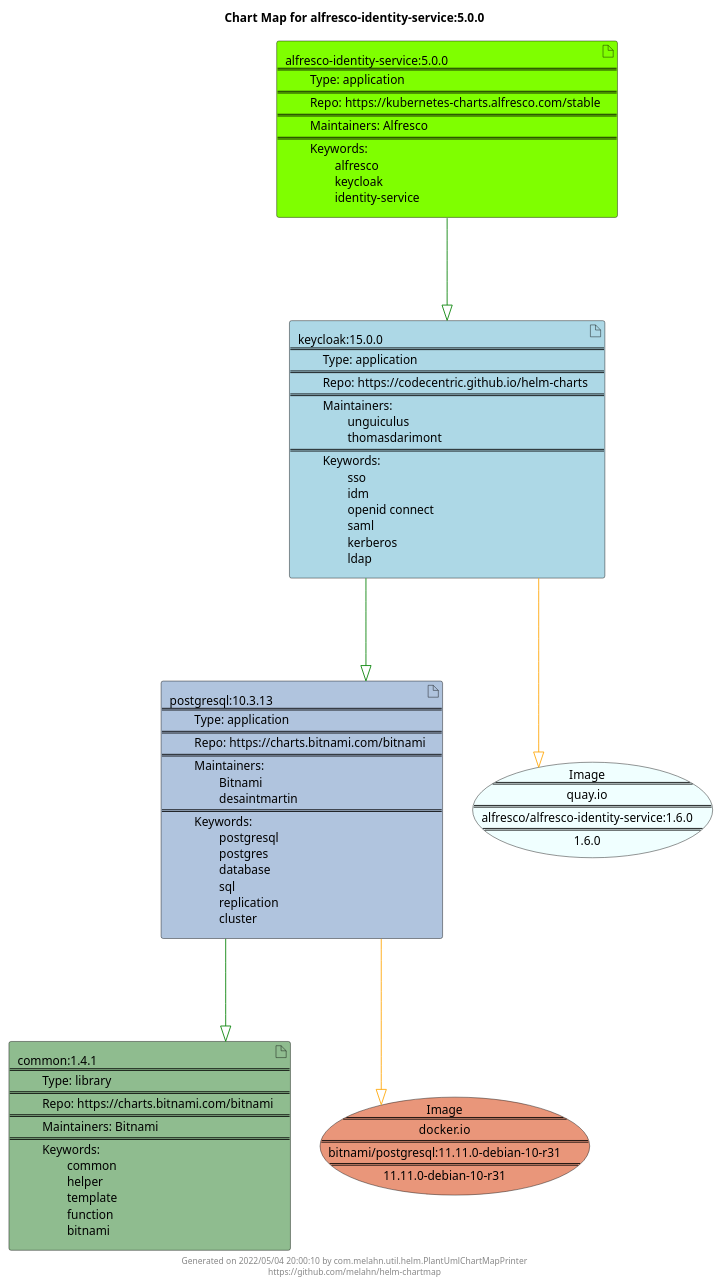
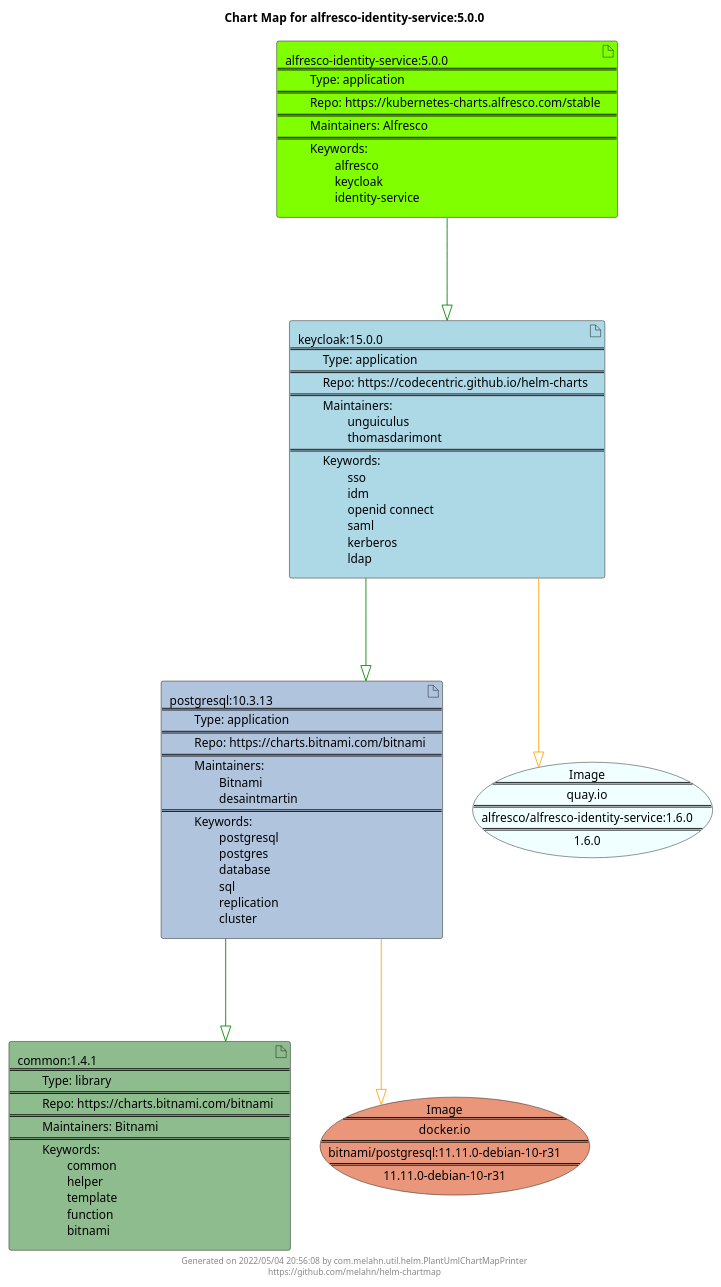
The diagram in docs/alfresco-identity-service/alfresco-identity-service-5.0.0.puml (melahn/helm-chartmap), drawn with PlantUML before and after one commit. The commit also changed 68 other files, not shown here.

Commit message:
Update Example Chart Maps as part of GitHub build

```diff
--- a/docs/alfresco-identity-service/alfresco-identity-service-5.0.0.puml
+++ b/docs/alfresco-identity-service/alfresco-identity-service-5.0.0.puml
@@ -1,29 +1,29 @@
 @startuml
 skinparam linetype ortho
 skinparam backgroundColor white
 skinparam usecaseBorderColor black
 skinparam usecaseArrowColor LightSlateGray
 skinparam artifactBorderColor black
 skinparam artifactArrowColor LightSlateGray
 
 title Chart Map for alfresco-identity-service:5.0.0
 
 'There are 4 referenced Helm Charts
 artifact "common:1.4.1\n====\n\tType: library\n====\n\tRepo: https://charts.bitnami.com/bitnami\n====\n\tMaintainers: Bitnami\n====\n\tKeywords: \n\t\tcommon\n\t\thelper\n\t\ttemplate\n\t\tfunction\n\t\tbitnami" as common_1_4_1 #DarkSeaGreen
 artifact "alfresco-identity-service:5.0.0\n====\n\tType: application\n====\n\tRepo: https://kubernetes-charts.alfresco.com/stable\n====\n\tMaintainers: Alfresco\n====\n\tKeywords: \n\t\talfresco\n\t\tkeycloak\n\t\tidentity-service" as alfresco_identity_service_5_0_0 #Chartreuse
 artifact "postgresql:10.3.13\n====\n\tType: application\n====\n\tRepo: https://charts.bitnami.com/bitnami\n====\n\tMaintainers: \n\t\tBitnami\n\t\tdesaintmartin\n====\n\tKeywords: \n\t\tpostgresql\n\t\tpostgres\n\t\tdatabase\n\t\tsql\n\t\treplication\n\t\tcluster" as postgresql_10_3_13 #LightSteelBlue
 artifact "keycloak:15.0.0\n====\n\tType: application\n====\n\tRepo: https://codecentric.github.io/helm-charts\n====\n\tMaintainers: \n\t\tunguiculus\n\t\tthomasdarimont\n====\n\tKeywords: \n\t\tsso\n\t\tidm\n\t\topenid connect\n\t\tsaml\n\t\tkerberos\n\t\tldap" as keycloak_15_0_0 #LightBlue
 
 'There are 2 referenced Docker Images
 usecase "Image\n====\nquay.io\n====\nalfresco/alfresco-identity-service:1.6.0\n====\n1.6.0" as quay_io_alfresco_alfresco_identity_service_1_6_0 #Azure
 usecase "Image\n====\ndocker.io\n====\nbitnami/postgresql:11.11.0-debian-10-r31\n====\n11.11.0-debian-10-r31" as docker_io_bitnami_postgresql_11_11_0_debian_10_r31 #DarkSalmon
 
 'Chart Dependencies
 alfresco_identity_service_5_0_0--[#green]-|>keycloak_15_0_0
 keycloak_15_0_0--[#green]-|>postgresql_10_3_13
 postgresql_10_3_13--[#green]-|>common_1_4_1
 postgresql_10_3_13--[#orange]-|>docker_io_bitnami_postgresql_11_11_0_debian_10_r31
 keycloak_15_0_0--[#orange]-|>quay_io_alfresco_alfresco_identity_service_1_6_0
 
-center footer Generated on 2022/05/04 20:00:10 by com.melahn.util.helm.PlantUmlChartMapPrinter\nhttps://github.com/melahn/helm-chartmap
+center footer Generated on 2022/05/04 20:56:08 by com.melahn.util.helm.PlantUmlChartMapPrinter\nhttps://github.com/melahn/helm-chartmap
 @enduml
```
